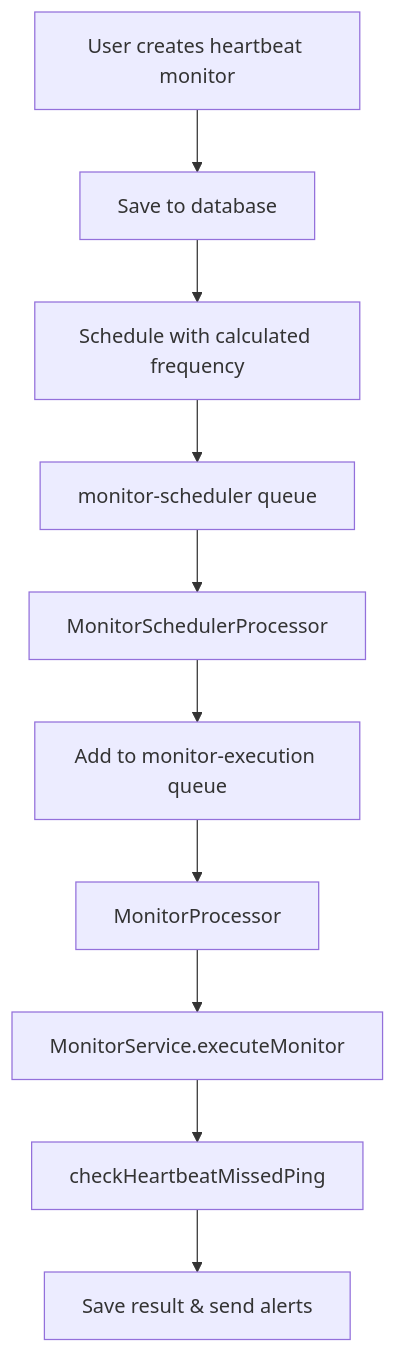
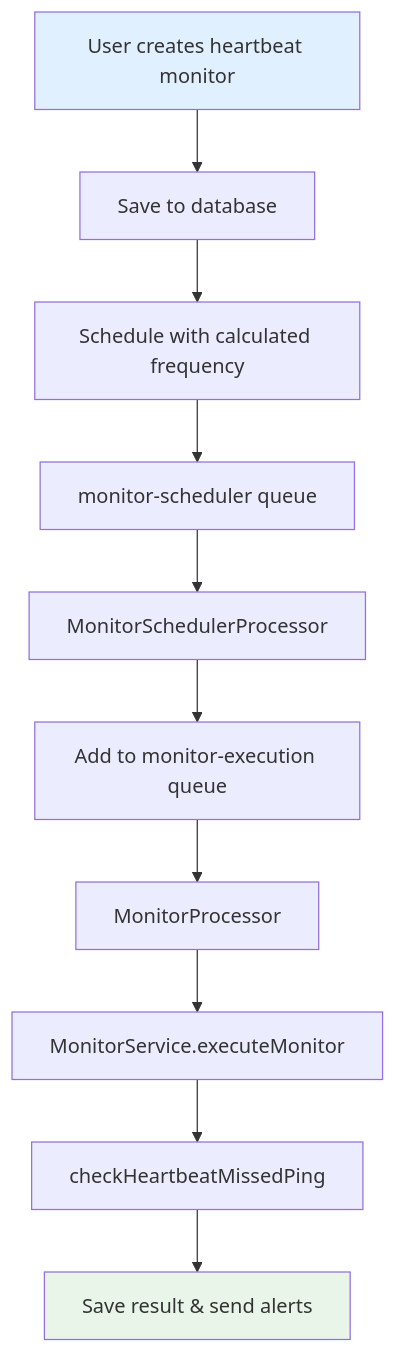
One commit to supercheck-io/supercheck-core changed the third of 3 diagrams in specs/MONITORING_SYSTEM.md. Above: the diagram before and after it, drawn with Mermaid. The commit also changed other lines of this file and 2 other files, not shown here.

Commit message:
Enhance documentation for Supercheck platform, including a comprehensive overview, updated architecture diagrams, and detailed descriptions of core features and user workflows

````diff
--- a/specs/MONITORING_SYSTEM.md
+++ b/specs/MONITORING_SYSTEM.md
@@ -348,12 +355,15 @@
 ```mermaid
 graph TD
     A[User creates heartbeat monitor] --> B[Save to database]
     B --> C[Schedule with calculated frequency]
     C --> D[monitor-scheduler queue]
     D --> E[MonitorSchedulerProcessor]
     E --> F[Add to monitor-execution queue]
     F --> G[MonitorProcessor]
     G --> H[MonitorService.executeMonitor]
     H --> I[checkHeartbeatMissedPing]
     I --> J[Save result & send alerts]
+    
+    style A fill:#e1f0ff
+    style J fill:#e8f5e8
 ```
````
